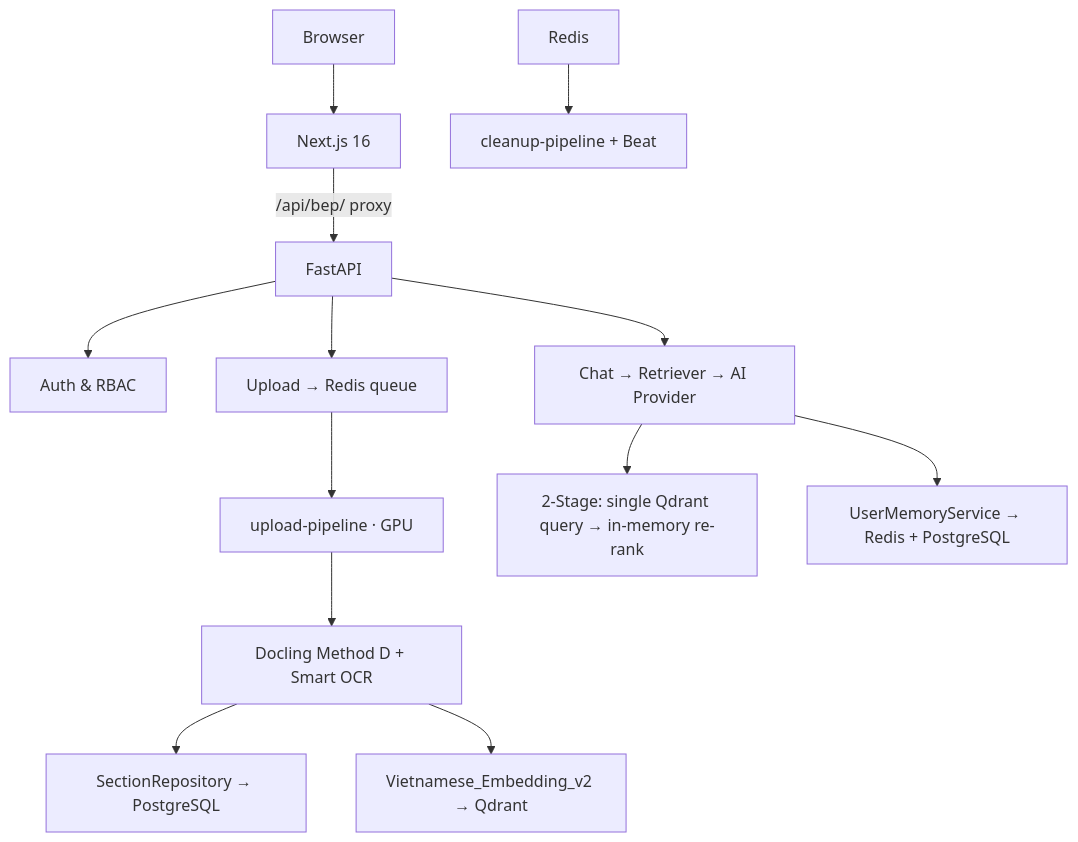
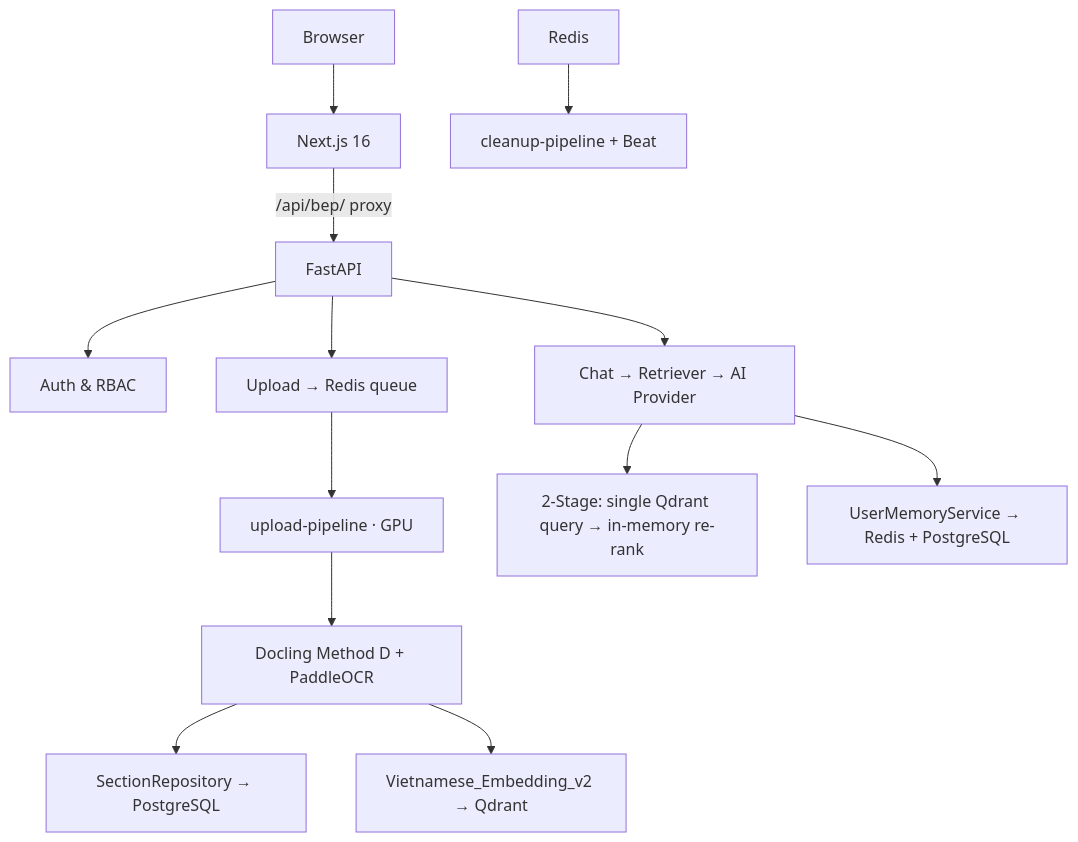
One commit to qtuanph/chatbot-rag changed the diagram in docs/01_ARCHITECTURE.md. Above: the diagram before and after it, drawn with Mermaid. The commit also changed other lines of this file and 21 other files, not shown here.

First line of the commit message:
Refactor chat and ingestion workflows to integrate PaddleOCR, enhance error handling, and optimize performance

````diff
--- a/docs/01_ARCHITECTURE.md
+++ b/docs/01_ARCHITECTURE.md
@@ -70,15 +70,15 @@
 ```mermaid
 graph TD
     Client[Browser] --> WebApp[Next.js 16]
     WebApp -->|/api/bep/ proxy| API[FastAPI]
     API --> AuthSvc[Auth & RBAC]
     API --> Upload[Upload → Redis queue]
     API --> Chat[Chat → Retriever → AI Provider]
     Upload --> Worker[upload-pipeline · GPU]
-    Worker --> Parser[Docling Method D + Smart OCR]
+    Worker --> Parser[Docling Method D + PaddleOCR]
     Parser --> Sections[SectionRepository → PostgreSQL]
     Parser --> Embedder[Vietnamese_Embedding_v2 → Qdrant]
     Chat --> Retriever[2-Stage: single Qdrant query → in-memory re-rank]
     Chat --> Memory[UserMemoryService → Redis + PostgreSQL]
     Redis --> Cleanup[cleanup-pipeline + Beat]
 ```
````
